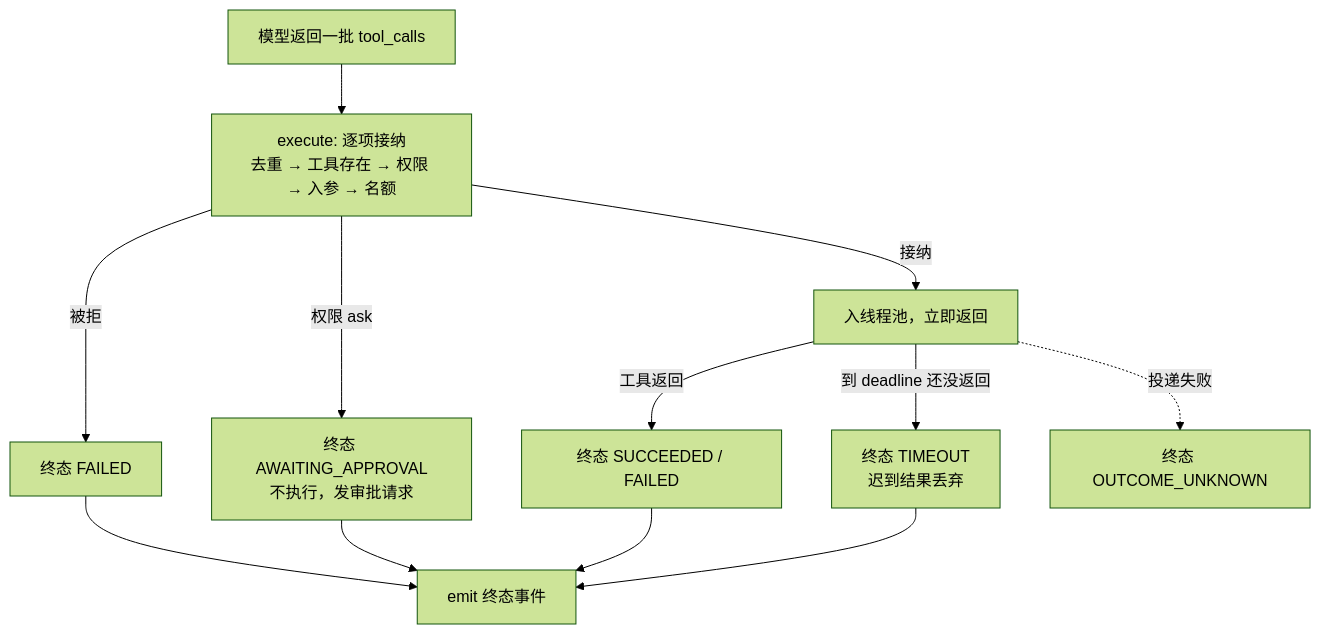
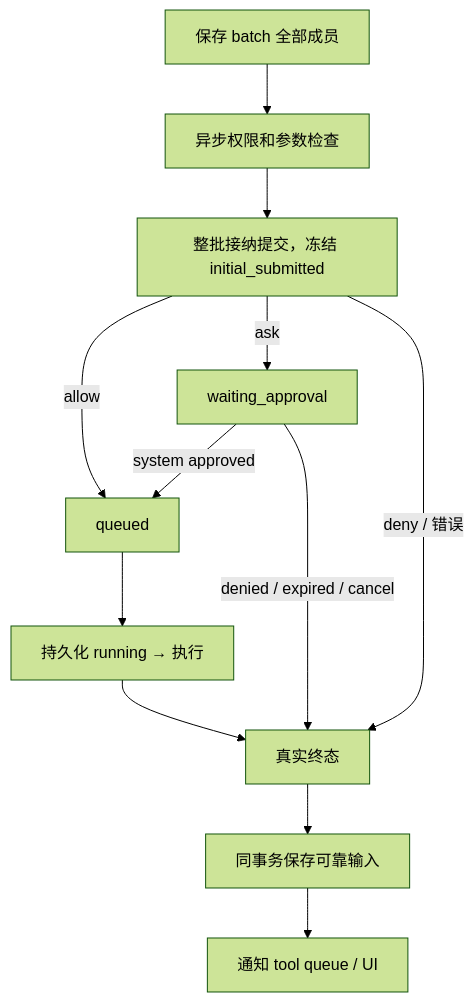
The diagram in spec/feature-tool-system.md (HymioSpace/Oath), drawn with Mermaid (forest theme) before and after one commit. The commit also changed other lines of this file and 62 other files, not shown here.

````diff
--- a/spec/feature-tool-system.md
+++ b/spec/feature-tool-system.md
@@ -22,11 +10,14 @@
 ```mermaid
 flowchart TD
-    R[模型返回一批 tool_calls] --> A[execute: 逐项接纳<br/>去重 → 工具存在 → 权限 → 入参 → 名额]
-    A -->|被拒| T1[终态 FAILED]
-    A -->|权限 ask| T2[终态 AWAITING_APPROVAL<br/>不执行，发审批请求]
-    A -->|接纳| P[入线程池，立即返回]
-    P -->|工具返回| T3[终态 SUCCEEDED / FAILED]
-    P -->|到 deadline 还没返回| T4[终态 TIMEOUT<br/>迟到结果丢弃]
-    P -.->|投递失败| T5[终态 OUTCOME_UNKNOWN]
-    T1 & T2 & T3 & T4 --> E[emit 终态事件]
+    B[保存 batch 全部成员] --> P[异步权限和参数检查]
+    P --> A[整批接纳提交，冻结 initial_submitted]
+    A -->|allow| Q[queued]
+    A -->|ask| W[waiting_approval]
+    A -->|deny / 错误| T[真实终态]
+    W -->|system approved| Q
+    W -->|denied / expired / cancel| T
+    Q --> R[持久化 running → 执行]
+    R --> T
+    T --> I[同事务保存可靠输入]
+    I --> N[通知 tool queue / UI]
 ```
````
